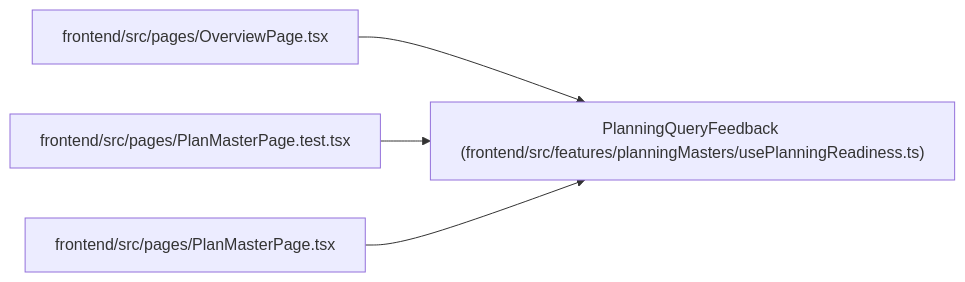
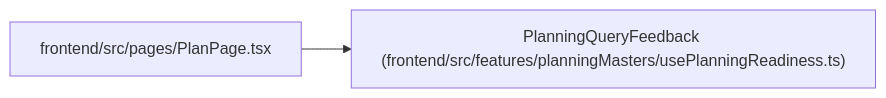
Before and after one commit to Denissvgn/WorkChord: the diagram in docs/llm_wiki/entities/PlanningQueryFeedback.md, drawn with Mermaid. The commit also changed other lines of this file and 2373 other files, not shown here.

````diff
--- a/docs/llm_wiki/entities/PlanningQueryFeedback.md
+++ b/docs/llm_wiki/entities/PlanningQueryFeedback.md
@@ -39,14 +39,8 @@
 ```mermaid
 flowchart LR
     n0["PlanningQueryFeedback (frontend/src/features/planningMasters/usePlanningReadiness.ts)"]
-    n1["frontend/src/pages/OverviewPage.tsx"]
-    n2["frontend/src/pages/PlanMasterPage.test.tsx"]
-    n3["frontend/src/pages/PlanMasterPage.tsx"]
+    n1["frontend/src/pages/PlanPage.tsx"]
     n1 --> n0
-    n2 --> n0
-    n3 --> n0
     click n0 "../modules/usePlanningReadiness.md"
-    click n1 "../modules/OverviewPage.md"
-    click n2 "../modules/PlanMasterPage.test.md"
-    click n3 "../modules/PlanMasterPage.md"
+    click n1 "../modules/PlanPage.md"
 ```
````
